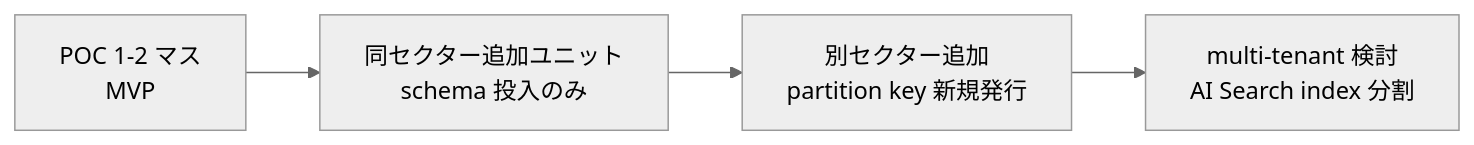
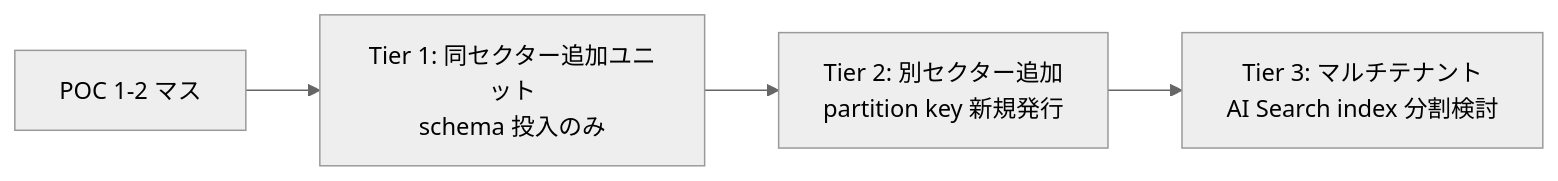
One commit to aiclub-labs/zenn-hack2026 changed the fourth of 4 diagrams in .kiro/specs/dialogue-delta-formalization/design.md. Above: the diagram before and after it, drawn with Mermaid (neutral theme). The commit also changed other lines of this file and 28 other files, not shown here.

````diff
--- a/.kiro/specs/dialogue-delta-formalization/design.md
+++ b/.kiro/specs/dialogue-delta-formalization/design.md
@@ -606,6 +378,6 @@
 ```mermaid
 flowchart LR
-    P1[POC 1-2 マス<br/>MVP] --> P2[同セクター追加ユニット<br/>schema 投入のみ]
-    P2 --> P3[別セクター追加<br/>partition key 新規発行]
-    P3 --> P4[multi-tenant 検討<br/>AI Search index 分割]
+    P1[POC 1-2 マス] --> P2[Tier 1: 同セクター追加ユニット<br/>schema 投入のみ]
+    P2 --> P3[Tier 2: 別セクター追加<br/>partition key 新規発行]
+    P3 --> P4[Tier 3: マルチテナント<br/>AI Search index 分割検討]
 ```
````
